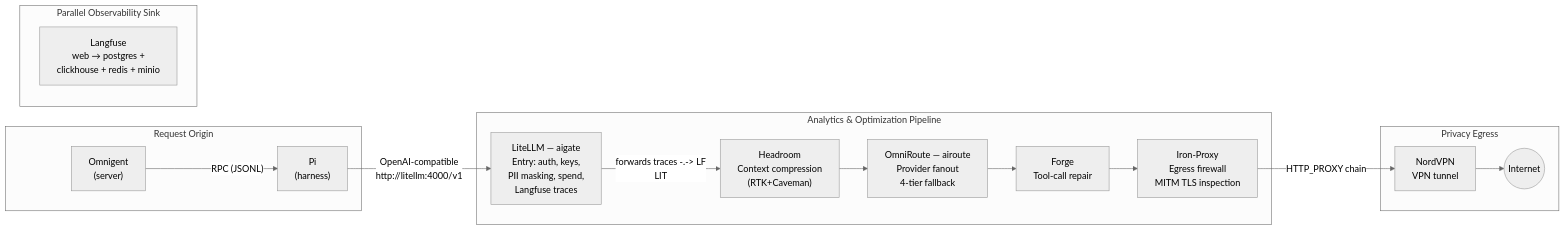
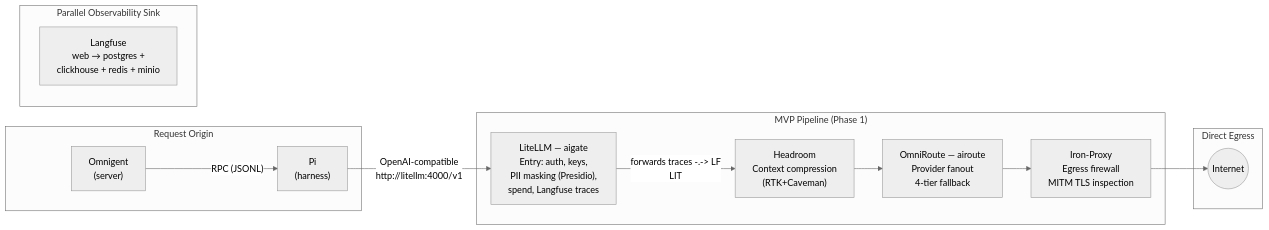
The first of 2 diagrams in shared/docs/PIPELINE-AI.md (levonk/infrahub), drawn with Mermaid (neutral theme) before and after one commit. The commit also changed other lines of this file and 1 other file, not shown here.

First line of the commit message:
docs(pipeline): evolve PIPELINE-AI.md to MVP with phased roadmap

````diff
--- a/shared/docs/PIPELINE-AI.md
+++ b/shared/docs/PIPELINE-AI.md
@@ -5,30 +5,27 @@
 ```mermaid
 flowchart LR
     subgraph Origin["Request Origin"]
         OMN["Omnigent\n(server)"]
         PI["Pi\n(harness)"]
         OMN -- "RPC (JSONL)" --> PI
     end
 
-    subgraph Pipeline["Analytics & Optimization Pipeline"]
-        LIT["LiteLLM — aigate\nEntry: auth, keys,\nPII masking, spend,\nLangfuse traces"]
+    subgraph Pipeline["MVP Pipeline (Phase 1)"]
+        LIT["LiteLLM — aigate\nEntry: auth, keys,\nPII masking (Presidio),\nspend, Langfuse traces"]
         HEAD["Headroom\nContext compression\n(RTK+Caveman)"]
         OR["OmniRoute — airoute\nProvider fanout\n4-tier fallback"]
-        FORGE["Forge\nTool-call repair"]
         IP["Iron-Proxy\nEgress firewall\nMITM TLS inspection"]
     end
 
     subgraph Observability["Parallel Observability Sink"]
         LF["Langfuse\nweb → postgres +\nclickhouse + redis + minio"]
     end
 
-    subgraph Egress["Privacy Egress"]
-        NORD["NordVPN\nVPN tunnel"]
+    subgraph Egress["Direct Egress"]
         NET(("Internet"))
     end
 
     PI -- "OpenAI-compatible\nhttp://litellm:4000/v1" --> LIT
     LIT -- "forwards traces" -.-> LF
-    LIT --> HEAD --> OR --> FORGE --> IP
-    IP -- "HTTP_PROXY chain" --> NORD --> NET
+    LIT --> HEAD --> OR --> IP --> NET
 ```
````
